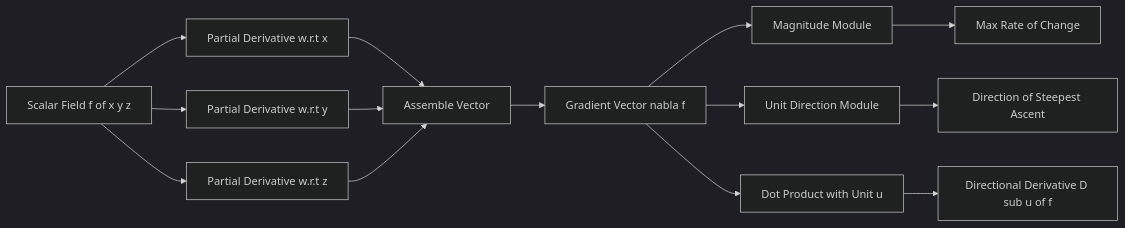
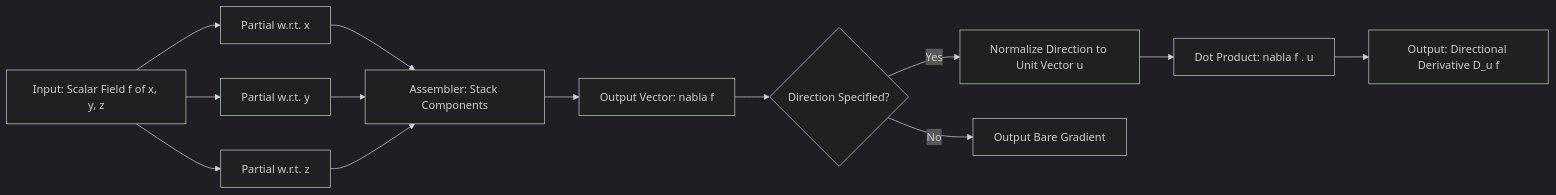
One commit to vishnuu-kr/ktunode changed the first of 3 diagrams in public/notes/computer-science-and-engineering/semester-1/gamat101-mathematics-for-information-science-1/03-module-3-the-chain-rule-functions-of-three-variables/gradient/notes.md. Above: the diagram before and after it, drawn with Mermaid (dark theme). The commit also changed other lines of this file and 4829 other files, not shown here.

````diff
--- a/public/notes/computer-science-and-engineering/semester-1/gamat101-mathematics-for-information-science-1/03-module-3-the-chain-rule-functions-of-three-variables/gradient/notes.md
+++ b/public/notes/computer-science-and-engineering/semester-1/gamat101-mathematics-for-information-science-1/03-module-3-the-chain-rule-functions-of-three-variables/gradient/notes.md
@@ -280,16 +445,15 @@
 ```mermaid
 flowchart LR
-    A["Scalar Field f of x y z"] --> B["Partial Derivative w.r.t x"]
-    A --> C["Partial Derivative w.r.t y"]
-    A --> D["Partial Derivative w.r.t z"]
-    B --> E["Assemble Vector"]
+    A[Input: Scalar Field f of x, y, z] --> B[Partial w.r.t. x]
+    A --> C[Partial w.r.t. y]
+    A --> D[Partial w.r.t. z]
+    B --> E[Assembler: Stack Components]
     C --> E
     D --> E
-    E --> F["Gradient Vector nabla f"]
-    F --> G["Magnitude Module"]
-    F --> H["Unit Direction Module"]
-    G --> I["Max Rate of Change"]
-    H --> J["Direction of Steepest Ascent"]
-    F --> K["Dot Product with Unit u"]
-    K --> L["Directional Derivative D sub u of f"]
+    E --> F[Output Vector: nabla f]
+    F --> G{Direction Specified?}
+    G -- Yes --> H[Normalize Direction to Unit Vector u]
+    G -- No --> I[Output Bare Gradient]
+    H --> J[Dot Product: nabla f . u]
+    J --> K[Output: Directional Derivative D_u f]
 ```
````
